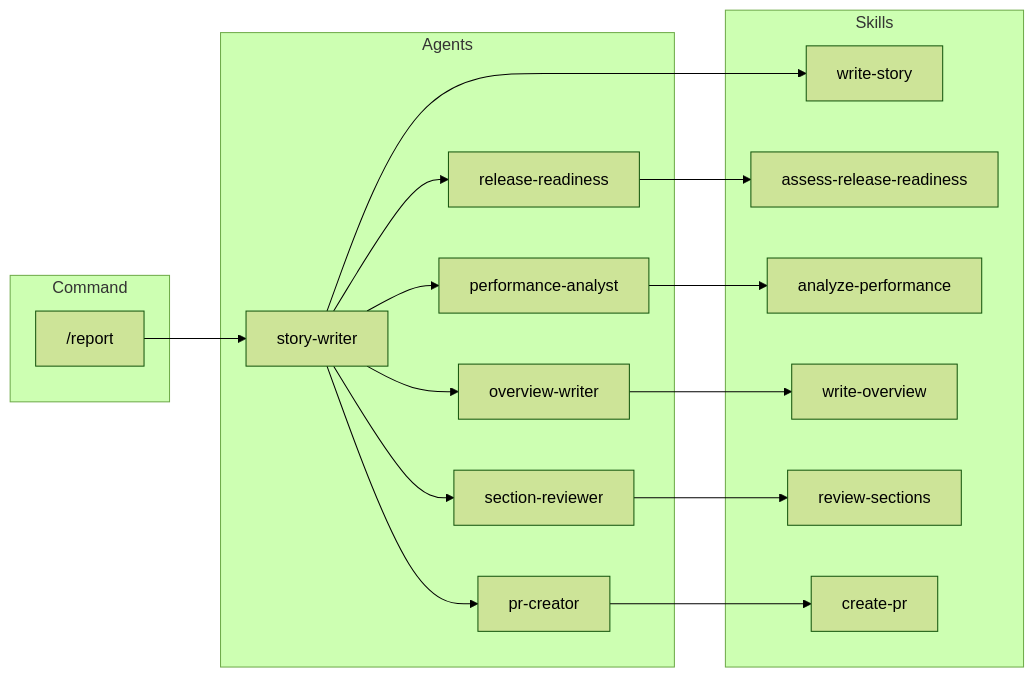
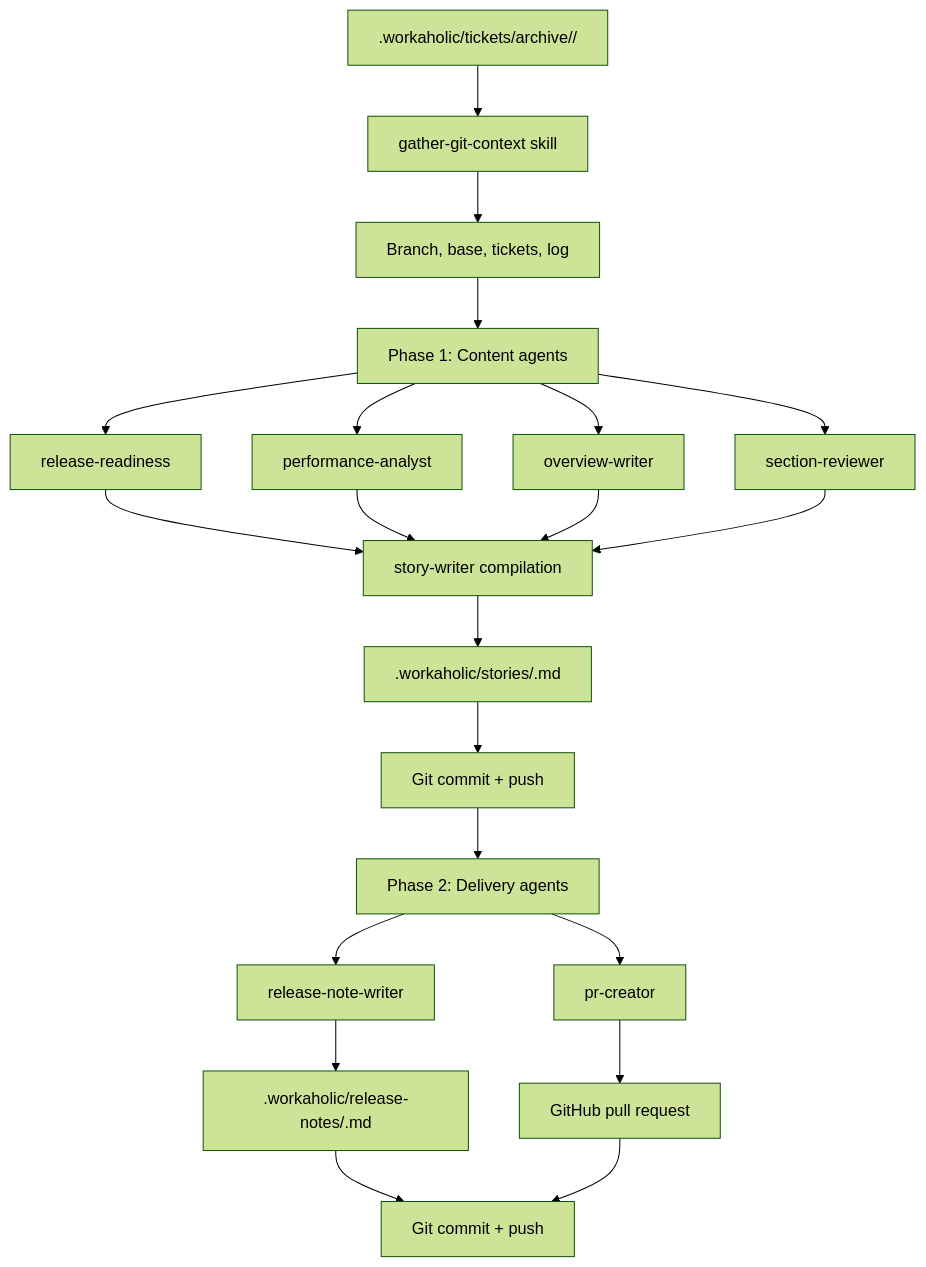
Before and after one commit to qmu/workaholic: the eighth of 8 diagrams in .workaholic/specs/application_ja.md, drawn with Mermaid (forest theme). The commit also changed other lines of this file and 42 other files, not shown here.

````diff
--- a/.workaholic/specs/application_ja.md
+++ b/.workaholic/specs/application_ja.md
@@ -157,35 +266,29 @@
 ```mermaid
-flowchart LR
-    subgraph Command
-        report["/report"]
-    end
+flowchart TD
+    Archive[.workaholic/tickets/archive/<branch>/] --> Gather[gather-git-context skill]
+    Gather --> Context[Branch, base, tickets, log]
 
-    subgraph Agents
-        sw[story-writer]
-        rr[release-readiness]
-        pa[performance-analyst]
-        ow[overview-writer]
-        sr[section-reviewer]
-        pc[pr-creator]
-    end
+    Context --> Phase1[Phase 1: Content agents]
+    Phase1 --> RR[release-readiness]
+    Phase1 --> PA[performance-analyst]
+    Phase1 --> OW[overview-writer]
+    Phase1 --> SR[section-reviewer]
 
-    subgraph Skills
-        ws[write-story]
-        arr[assess-release-readiness]
-        aap[analyze-performance]
-        wo[write-overview]
-        rs[review-sections]
-        cp[create-pr]
-    end
+    RR --> Compile[story-writer compilation]
+    PA --> Compile
+    OW --> Compile
+    SR --> Compile
 
-    report --> sw
+    Compile --> Story[.workaholic/stories/<branch>.md]
+    Story --> StoryCommit[Git commit + push]
 
-    sw --> rr & pa & ow & sr & pc
+    StoryCommit --> Phase2[Phase 2: Delivery agents]
+    Phase2 --> RN[release-note-writer]
+    Phase2 --> PC[pr-creator]
 
-    rr --> arr
-    pa --> aap
-    ow --> wo
-    sr --> rs
-    sw --> ws
-    pc --> cp
+    RN --> ReleaseNote[.workaholic/release-notes/<branch>.md]
+    PC --> PR[GitHub pull request]
+
+    ReleaseNote --> ReleaseCommit[Git commit + push]
+    PR --> ReleaseCommit
 ```
````
